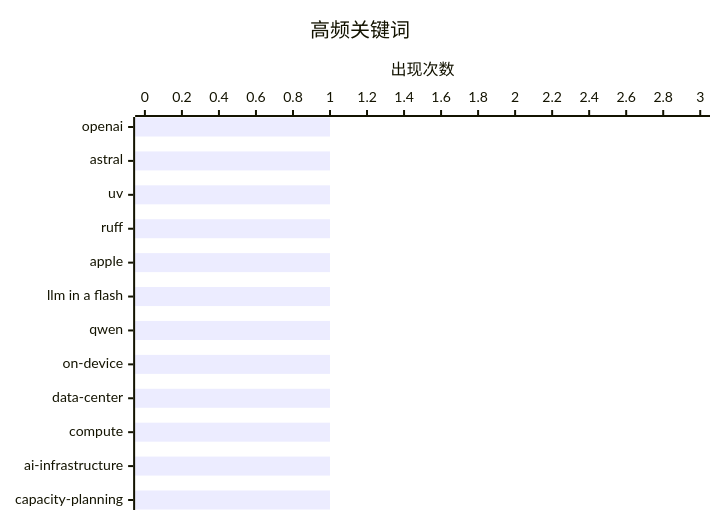
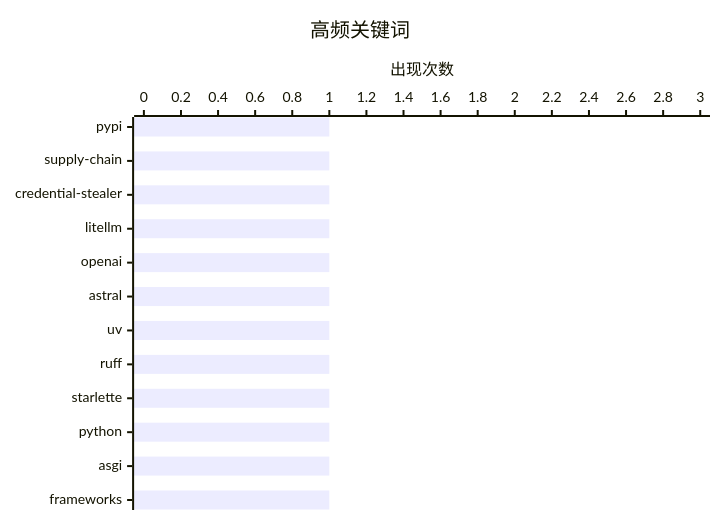
The second of 2 diagrams in content/ai-daily/2026-03-20.md (originem0/SZBlog), drawn with Mermaid before and after one commit. The commit also changed other lines of this file, not shown here.

````diff
--- a/content/ai-daily/2026-03-20.md
+++ b/content/ai-daily/2026-03-20.md
@@ -69,7 +67,7 @@
 ```mermaid
 xychart-beta horizontal
     title "高频关键词"
-    x-axis ["openai", "astral", "uv", "ruff", "apple", "llm in a flash", "qwen", "on-device", "data-center", "compute", "ai-infrastructure", "capacity-planning"]
+    x-axis ["pypi", "supply-chain", "credential-stealer", "litellm", "openai", "astral", "uv", "ruff", "starlette", "python", "asgi", "frameworks"]
     y-axis "出现次数" 0 --> 3
     bar [1, 1, 1, 1, 1, 1, 1, 1, 1, 1, 1, 1]
 ```
````
